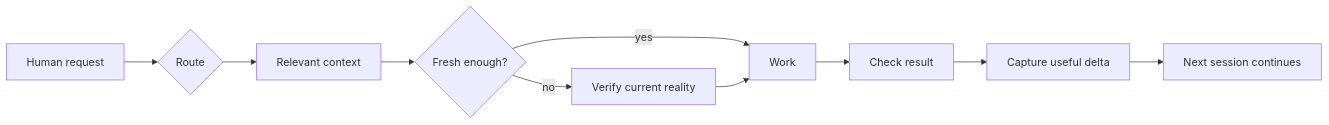
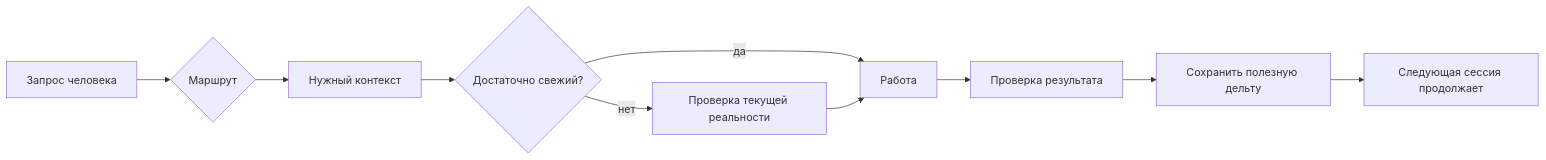
The diagram in README.md (Goldbergg2026/ai-continuity-kit), drawn with Mermaid before and after one commit. The commit also changed other lines of this file and 26 other files, not shown here.

````diff
--- a/README.md
+++ b/README.md
@@ -109,12 +89,12 @@
 ```mermaid
 flowchart LR
-    H[Human request] --> R{Route}
-    R --> C[Relevant context]
-    C --> F{Fresh enough?}
-    F -->|yes| W[Work]
-    F -->|no| V[Verify current reality]
+    H[Запрос человека] --> R{Маршрут}
+    R --> C[Нужный контекст]
+    C --> F{Достаточно свежий?}
+    F -->|да| W[Работа]
+    F -->|нет| V[Проверка текущей реальности]
     V --> W
-    W --> Q[Check result]
-    Q --> D[Capture useful delta]
-    D --> N[Next session continues]
+    W --> Q[Проверка результата]
+    Q --> D[Сохранить полезную дельту]
+    D --> N[Следующая сессия продолжает]
 ```
````
